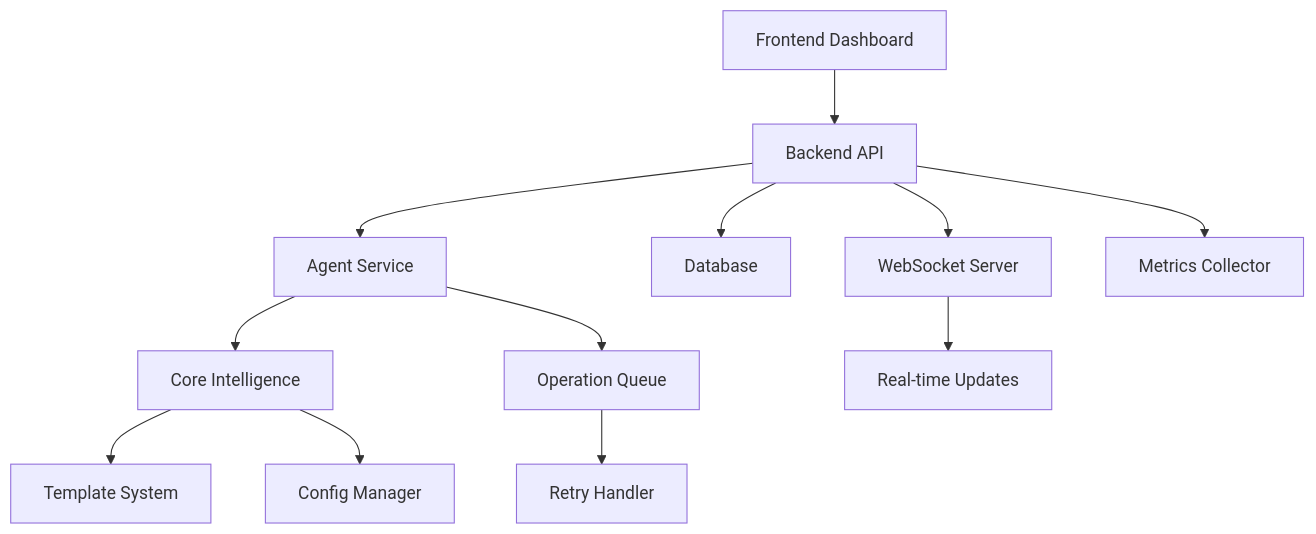
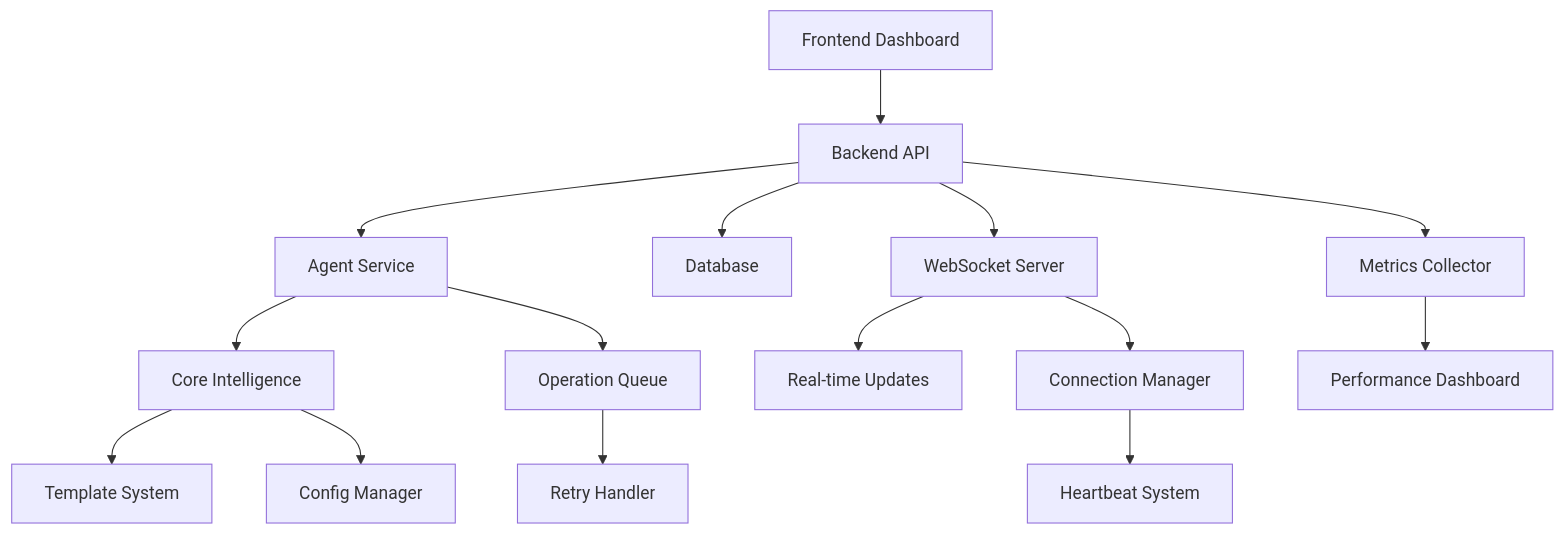
One commit to tony-42069/ai-staff-dev-agent changed the first of 3 diagrams in docs/project_manifest.md. Above: the diagram before and after it, drawn with Mermaid. The commit also changed other lines of this file and 3 other files, not shown here.

````diff
--- a/docs/project_manifest.md
+++ b/docs/project_manifest.md
@@ -5,14 +5,17 @@
 ```mermaid
 graph TD
     A[Frontend Dashboard] --> B[Backend API]
     B --> C[Agent Service]
     C --> D[Core Intelligence]
     D --> E[Template System]
     B --> F[Database]
     C --> G[Operation Queue]
     D --> H[Config Manager]
     G --> I[Retry Handler]
     B --> J[WebSocket Server]
     J --> K[Real-time Updates]
     B --> L[Metrics Collector]
+    L --> M[Performance Dashboard]
+    J --> N[Connection Manager]
+    N --> O[Heartbeat System]
 ```
````
